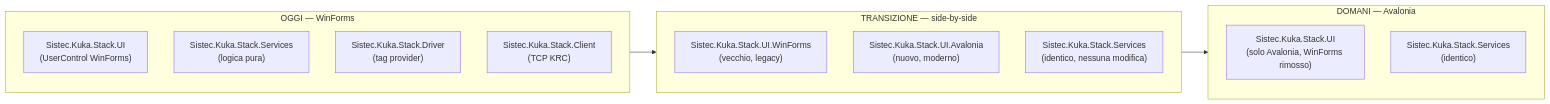
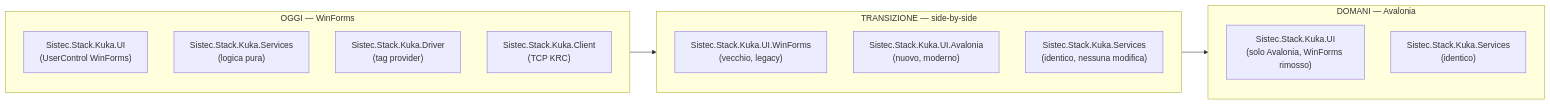
One commit to marc04AM/pellucida changed diagram 20 of 40 in analisi-unificata.md. Above: the diagram before and after it, drawn with Mermaid. The commit also changed other lines of this file and 1 other file, not shown here.

````diff
--- a/analisi-unificata.md
+++ b/analisi-unificata.md
@@ -2374,23 +2446,23 @@
 ```mermaid
 flowchart LR
     subgraph Oggi["OGGI — WinForms"]
-        UI_WF["Sistec.Kuka.Stack.UI<br/>(UserControl WinForms)"]
-        SVC["Sistec.Kuka.Stack.Services<br/>(logica pura)"]
-        DRV["Sistec.Kuka.Stack.Driver<br/>(tag provider)"]
-        CLI["Sistec.Kuka.Stack.Client<br/>(TCP KRC)"]
+        UI_WF["Sistec.Stack.Kuka.UI<br/>(UserControl WinForms)"]
+        SVC["Sistec.Stack.Kuka.Services<br/>(logica pura)"]
+        DRV["Sistec.Stack.Kuka.Driver<br/>(tag provider)"]
+        CLI["Sistec.Stack.Kuka.Client<br/>(TCP KRC)"]
     end
 
     subgraph Transizione["TRANSIZIONE — side-by-side"]
-        UI_WF2["Sistec.Kuka.Stack.UI.WinForms<br/>(vecchio, legacy)"]
-        UI_AV["Sistec.Kuka.Stack.UI.Avalonia<br/>(nuovo, moderno)"]
-        SVC2["Sistec.Kuka.Stack.Services<br/>(identico, nessuna modifica)"]
+        UI_WF2["Sistec.Stack.Kuka.UI.WinForms<br/>(vecchio, legacy)"]
+        UI_AV["Sistec.Stack.Kuka.UI.Avalonia<br/>(nuovo, moderno)"]
+        SVC2["Sistec.Stack.Kuka.Services<br/>(identico, nessuna modifica)"]
     end
 
     subgraph Domani["DOMANI — Avalonia"]
-        UI_AV2["Sistec.Kuka.Stack.UI<br/>(solo Avalonia, WinForms rimosso)"]
-        SVC3["Sistec.Kuka.Stack.Services<br/>(identico)"]
+        UI_AV2["Sistec.Stack.Kuka.UI<br/>(solo Avalonia, WinForms rimosso)"]
+        SVC3["Sistec.Stack.Kuka.Services<br/>(identico)"]
     end
 
     Oggi --> Transizione
     Transizione --> Domani
 ```
````
